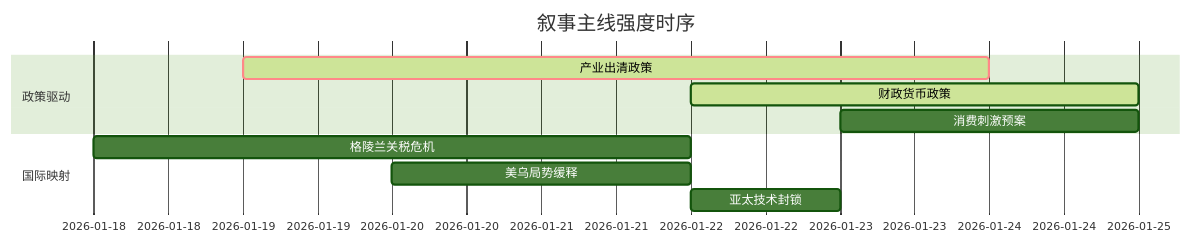
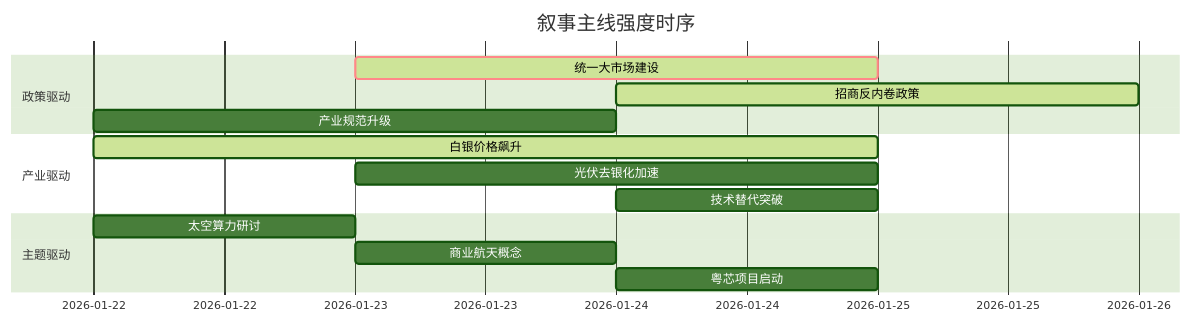
One commit to uu5zn/uu5zn.github.io changed the diagram in 5day_report.md. Above: the diagram before and after it, drawn with Mermaid (forest theme). The commit also changed other lines of this file and 2 other files, not shown here.

````diff
--- a/5day_report.md
+++ b/5day_report.md
@@ -56,14 +50,19 @@
 ```mermaid
 gantt
     title 叙事主线强度时序
     dateFormat  YYYY-MM-DD
     section 政策驱动
-    产业出清政策   :crit, active, 2026-01-19, 5d
-    财政货币政策   :active, 2026-01-22, 3d
-    消费刺激预案   :2026-01-23, 2d
+    统一大市场建设   :crit, active, 2026-01-23, 2d
+    招商反内卷政策   :active, 2026-01-24, 2d
+    产业规范升级   :2026-01-22, 2d
     
-    section 国际映射
-    格陵兰关税危机   :2026-01-18, 4d
-    美乌局势缓释     :2026-01-20, 2d
-    亚太技术封锁     :2026-01-22, 1d
+    section 产业驱动
+    白银价格飙升   :active, 2026-01-22, 3d
+    光伏去银化加速   :2026-01-23, 2d
+    技术替代突破   :2026-01-24, 1d
+    
+    section 主题驱动
+    太空算力研讨   :2026-01-22, 1d
+    商业航天概念   :2026-01-23, 1d
+    粤芯项目启动   :2026-01-24, 1d
 ```
````
